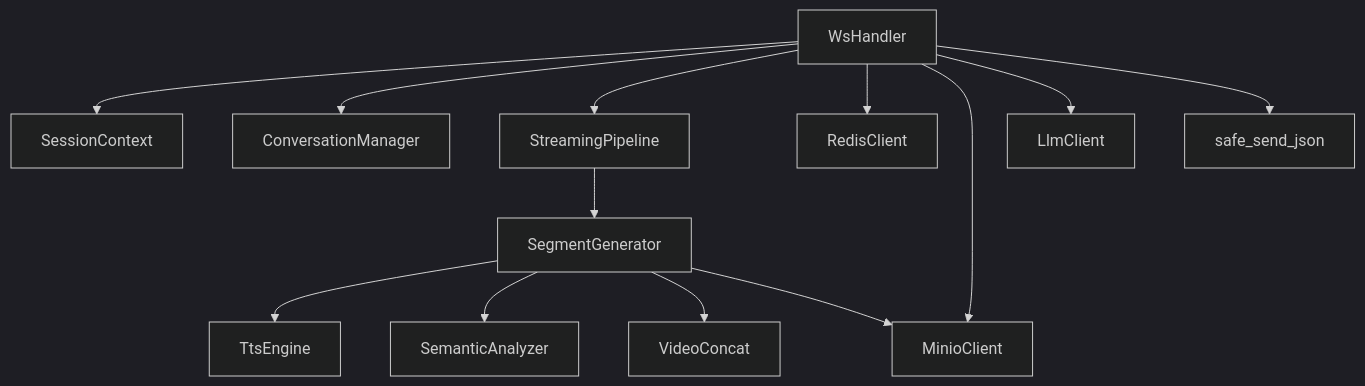
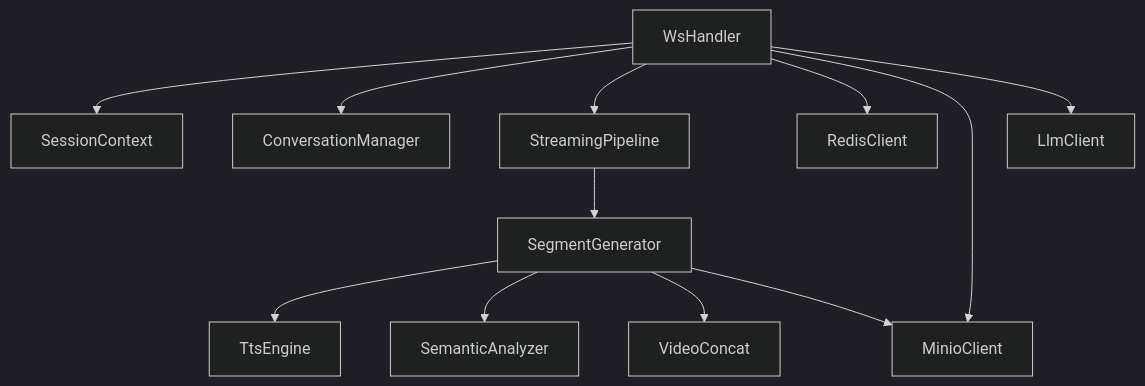
Before and after one commit to leo21cn/real-time-talk: the seventh of 7 diagrams in .qoder/repowiki/zh/content/后端服务/WebSocket 通信协议.md, drawn with Mermaid (dark theme). The commit also changed other lines of this file and 21 other files, not shown here.

````diff
--- a/.qoder/repowiki/zh/content/后端服务/WebSocket 通信协议.md
+++ b/.qoder/repowiki/zh/content/后端服务/WebSocket 通信协议.md
@@ -513,15 +384,14 @@
 ```mermaid
 graph TB
 WSH["WsHandler"] --> SC["SessionContext"]
 WSH --> CM["ConversationManager"]
 WSH --> SP["StreamingPipeline"]
 WSH --> RC["RedisClient"]
 WSH --> MC["MinioClient"]
 WSH --> LC["LlmClient"]
 SP --> SG["SegmentGenerator"]
 SG --> TTSE["TtsEngine"]
 SG --> SA["SemanticAnalyzer"]
 SG --> VC["VideoConcat"]
 SG --> MC
-WSH --> SSJ["safe_send_json"]
 ```
````
